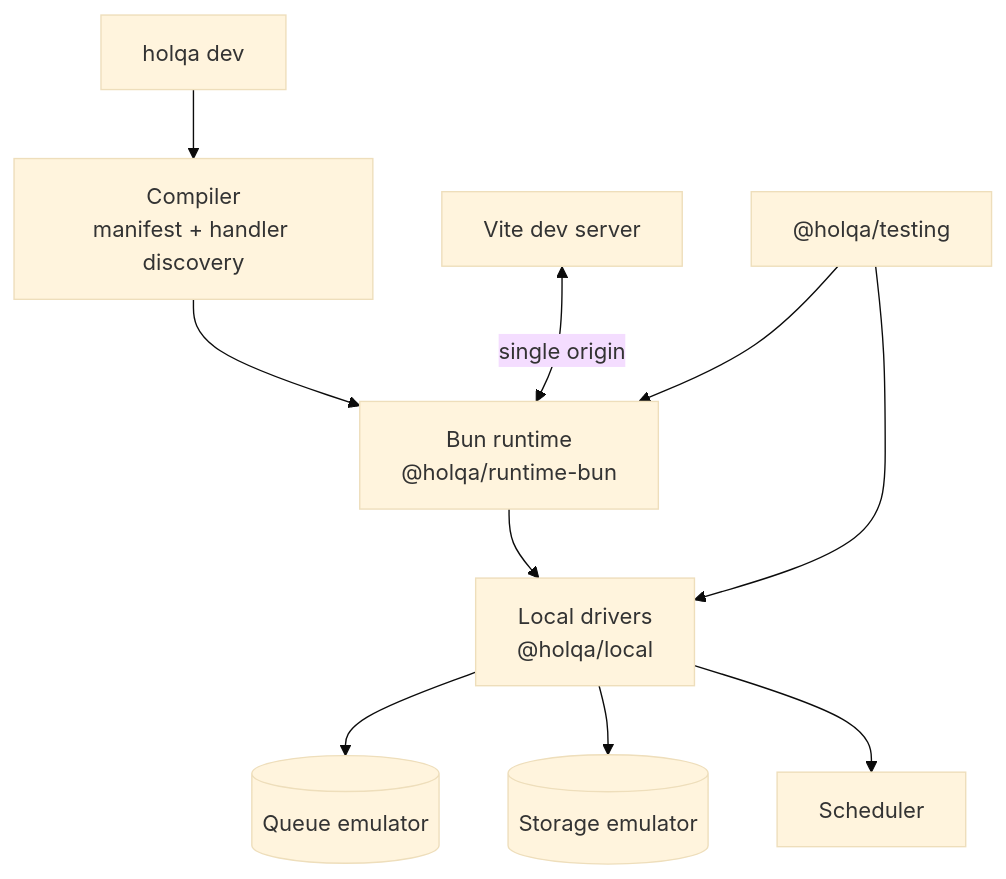
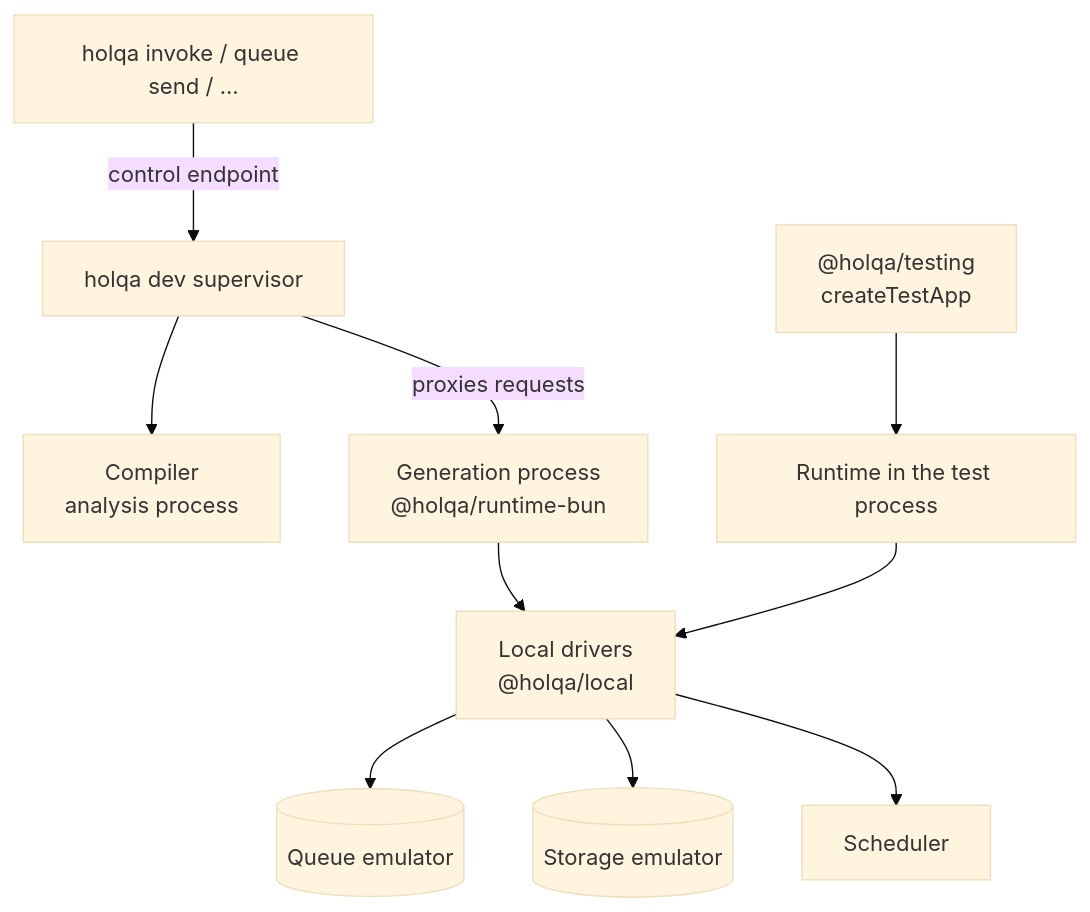
One commit to SrKleRAimBot/holqa changed the diagram in docs/concepts/local-development.md. Above: the diagram before and after it, drawn with Mermaid (base theme). The commit also changed other lines of this file and 140 other files, not shown here.

First line of the commit message:
feat: local development and testing platform (#8)

````diff
--- a/docs/concepts/local-development.md
+++ b/docs/concepts/local-development.md
@@ -42,12 +44,12 @@
 ```mermaid
 flowchart TB
-  CLI[holqa dev] --> C["Compiler<br/>manifest + handler discovery"]
-  C --> R["Bun runtime<br/>@holqa/runtime-bun"]
-  R --> L["Local drivers<br/>@holqa/local"]
+  CLI[holqa dev supervisor] --> C["Compiler<br/>analysis process"]
+  CLI -- proxies requests --> G["Generation process<br/>@holqa/runtime-bun"]
+  G --> L["Local drivers<br/>@holqa/local"]
   L --> Q[(Queue emulator)]
   L --> S[(Storage emulator)]
   L --> SC[Scheduler]
-  V[Vite dev server] <-- single origin --> R
-  T["@holqa/testing"] --> R
-  T --> L
+  OPS["holqa invoke / queue send / ..."] -- control endpoint --> CLI
+  T["@holqa/testing<br/>createTestApp"] --> R2["Runtime in the test process"]
+  R2 --> L
 ```
````
